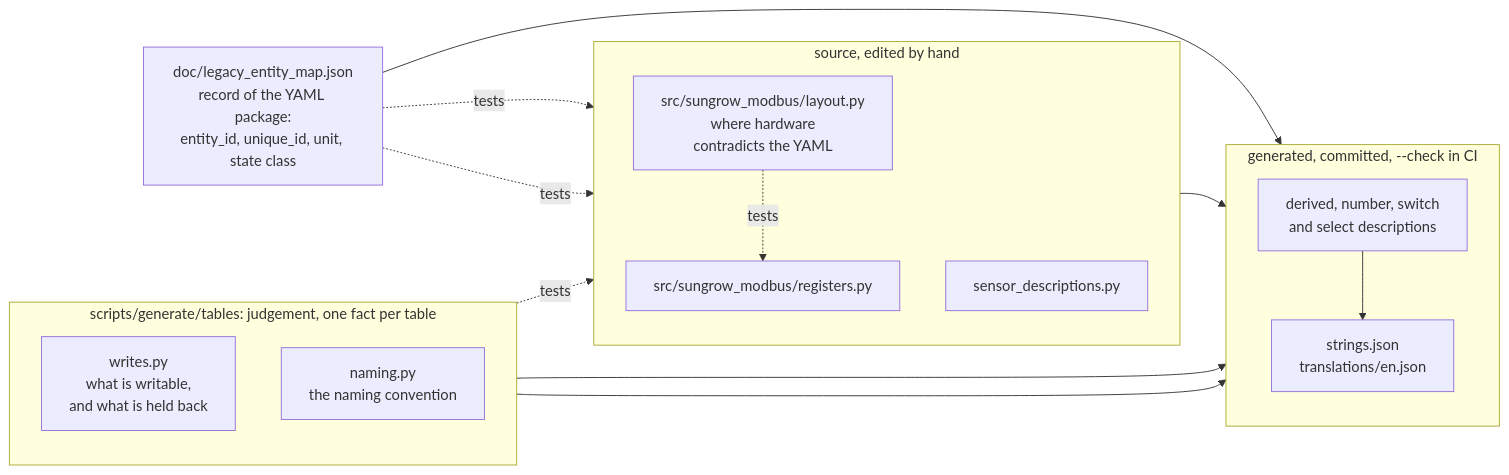
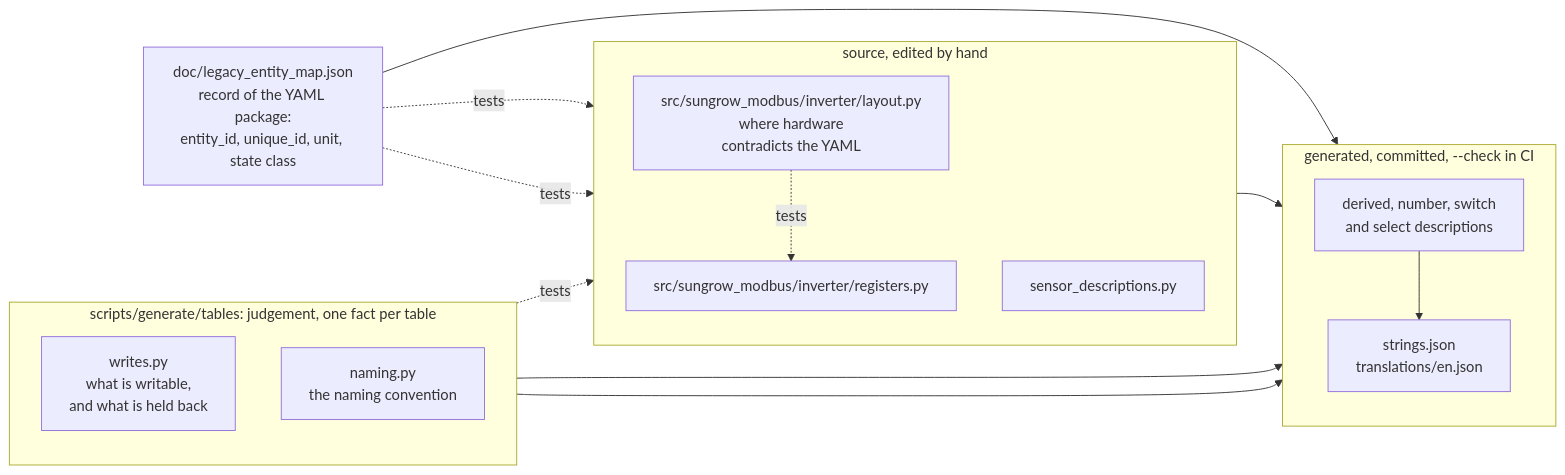
One commit to mkaiser/Sungrow-SHx-Inverter-Modbus-Home-Assistant changed the second of 2 diagrams in doc/architecture.md. Above: the diagram before and after it, drawn with Mermaid. The commit also changed other lines of this file and 87 other files, not shown here.

````diff
--- a/doc/architecture.md
+++ b/doc/architecture.md
@@ -128,33 +128,33 @@
 ```mermaid
 flowchart LR
     map["doc/legacy_entity_map.json<br/>record of the YAML package:<br/>entity_id, unique_id, unit, state class"]
 
     subgraph tables["scripts/generate/tables: judgement, one fact per table"]
         direction TB
         writes["writes.py<br/>what is writable,<br/>and what is held back"]
         naming["naming.py<br/>the naming convention"]
     end
 
     subgraph source["source, edited by hand"]
         direction TB
-        regs["src/sungrow_modbus/registers.py"]
-        layout["src/sungrow_modbus/layout.py<br/>where hardware<br/>contradicts the YAML"]
+        regs["src/sungrow_modbus/inverter/registers.py"]
+        layout["src/sungrow_modbus/inverter/layout.py<br/>where hardware<br/>contradicts the YAML"]
         sensors["sensor_descriptions.py"]
     end
 
     subgraph generated["generated, committed, --check in CI"]
         direction TB
         descs["derived, number, switch<br/>and select descriptions"]
         strings["strings.json<br/>translations/en.json"]
     end
 
     map -. "tests" .-> regs
     map -. "tests" .-> sensors
     layout -. "tests" .-> regs
     writes -. "tests" .-> regs
     map --> descs
     writes --> descs
     naming --> strings
     descs --> strings
     sensors --> strings
 ```
````
